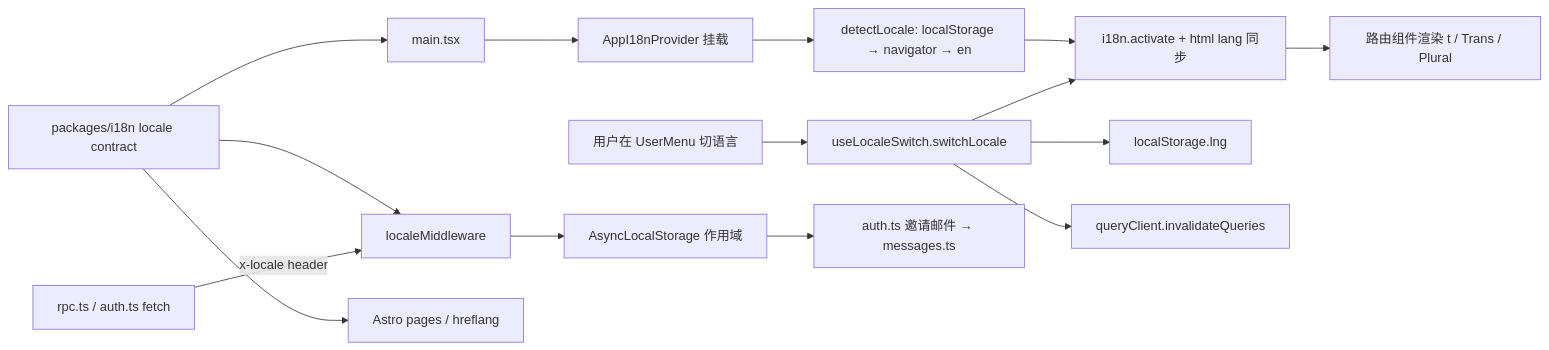
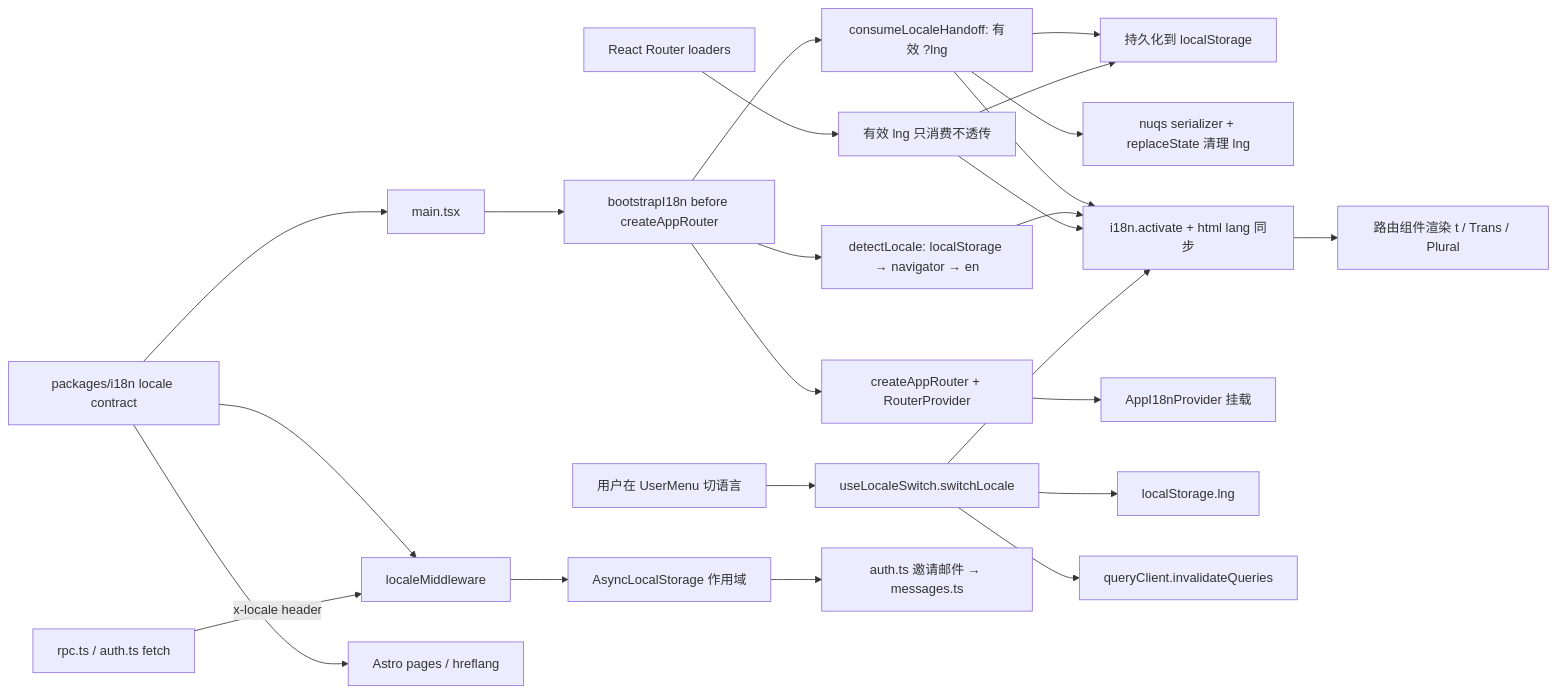
Before and after one commit to langgenius/due-date-hq-jhx-lyz: the diagram in docs/adr/0009-lingui-for-i18n.md, drawn with Mermaid. The commit also changed other lines of this file and 18 other files, not shown here.

Commit message:
feat: handle marketing locale handoff with nuqs

````diff
--- a/docs/adr/0009-lingui-for-i18n.md
+++ b/docs/adr/0009-lingui-for-i18n.md
@@ -167,17 +167,26 @@
 ```mermaid
 flowchart LR
-  Boot[main.tsx] --> Provider[AppI18nProvider 挂载]
-  Provider --> Detect[detectLocale: localStorage → navigator → en]
+  Boot[main.tsx] --> Bootstrap[bootstrapI18n before createAppRouter]
+  Bootstrap --> Consume[consumeLocaleHandoff: 有效 ?lng]
+  Consume --> PersistHandoff[持久化到 localStorage]
+  Consume --> Cleanup[nuqs serializer + replaceState 清理 lng]
+  Consume --> Activate
+  Bootstrap --> Detect[detectLocale: localStorage → navigator → en]
   Detect --> Activate[i18n.activate + html lang 同步]
+  Bootstrap --> Router[createAppRouter + RouterProvider]
+  Router --> Provider[AppI18nProvider 挂载]
+  Loaders[React Router loaders] --> LoaderConsume[有效 lng 只消费不透传]
+  LoaderConsume --> PersistHandoff
+  LoaderConsume --> Activate
   Activate --> Routes[路由组件渲染 t / Trans / Plural]
   User[用户在 UserMenu 切语言] --> Switch[useLocaleSwitch.switchLocale]
   Switch --> Persist[localStorage.lng]
   Switch --> Activate
   Switch --> Invalidate[queryClient.invalidateQueries]
   Contract[packages/i18n locale contract] --> Boot
   Contract --> Server
   Contract --> Marketing[Astro pages / hreflang]
   RPC[rpc.ts / auth.ts fetch] -->|x-locale header| Server[localeMiddleware]
   Server --> ALS[AsyncLocalStorage 作用域]
   ALS --> Email[auth.ts 邀请邮件 → messages.ts]
 ```
````
